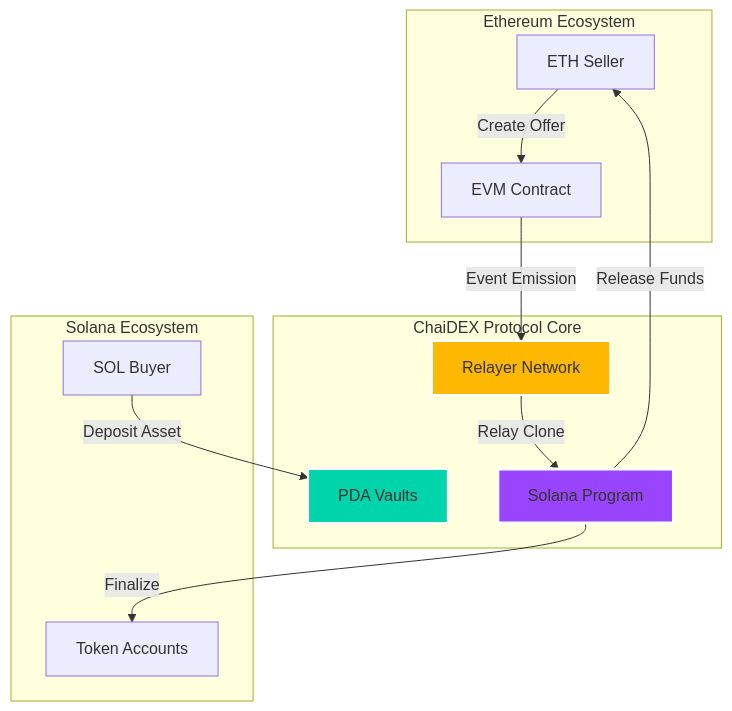
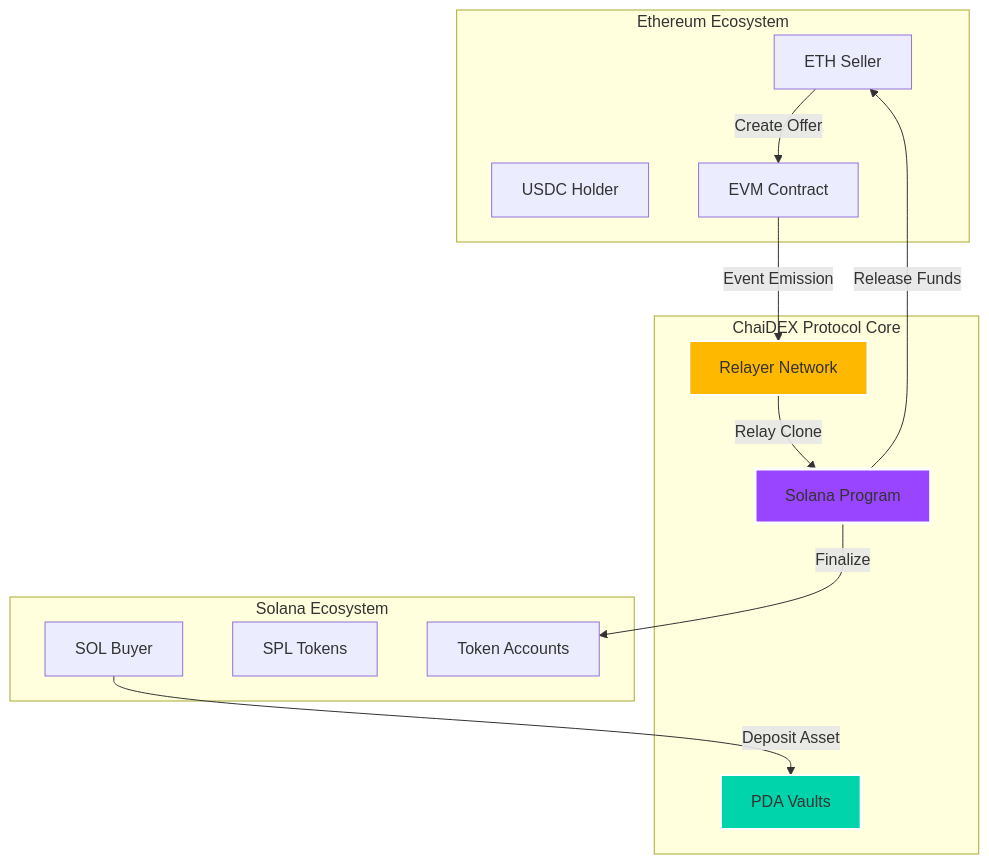
One commit to Rahul-Prasad-07/cross-chain-p2p-exchange changed the first of 7 diagrams in README.md. Above: the diagram before and after it, drawn with Mermaid. The commit also changed other lines of this file and 2 other files, not shown here.

````diff
--- a/README.md
+++ b/README.md
@@ -91,29 +42,31 @@
 ```mermaid
 graph TB
     subgraph "Ethereum Ecosystem"
         ETH[ETH Seller]
+        USDC[USDC Holder]
         EVM[EVM Contract]
     end
     
     subgraph "ChaiDEX Protocol Core"
         R[Relayer Network]
+        SP[Solana Program]
         PDA[PDA Vaults]
-        SP[Solana Program]
     end
     
     subgraph "Solana Ecosystem"
         SOL[SOL Buyer]
+        SPL[SPL Tokens]
         ATA[Token Accounts]
     end
     
     ETH -->|Create Offer| EVM
     EVM -->|Event Emission| R
     R -->|Relay Clone| SP
     SOL -->|Deposit Asset| PDA
     SP -->|Finalize| ATA
     SP -->|Release Funds| ETH
     
     style SP fill:#9945FF,stroke:#fff,stroke-width:3px
     style PDA fill:#00D4AA,stroke:#fff,stroke-width:2px
     style R fill:#FFB800,stroke:#fff,stroke-width:2px
 ```
````
